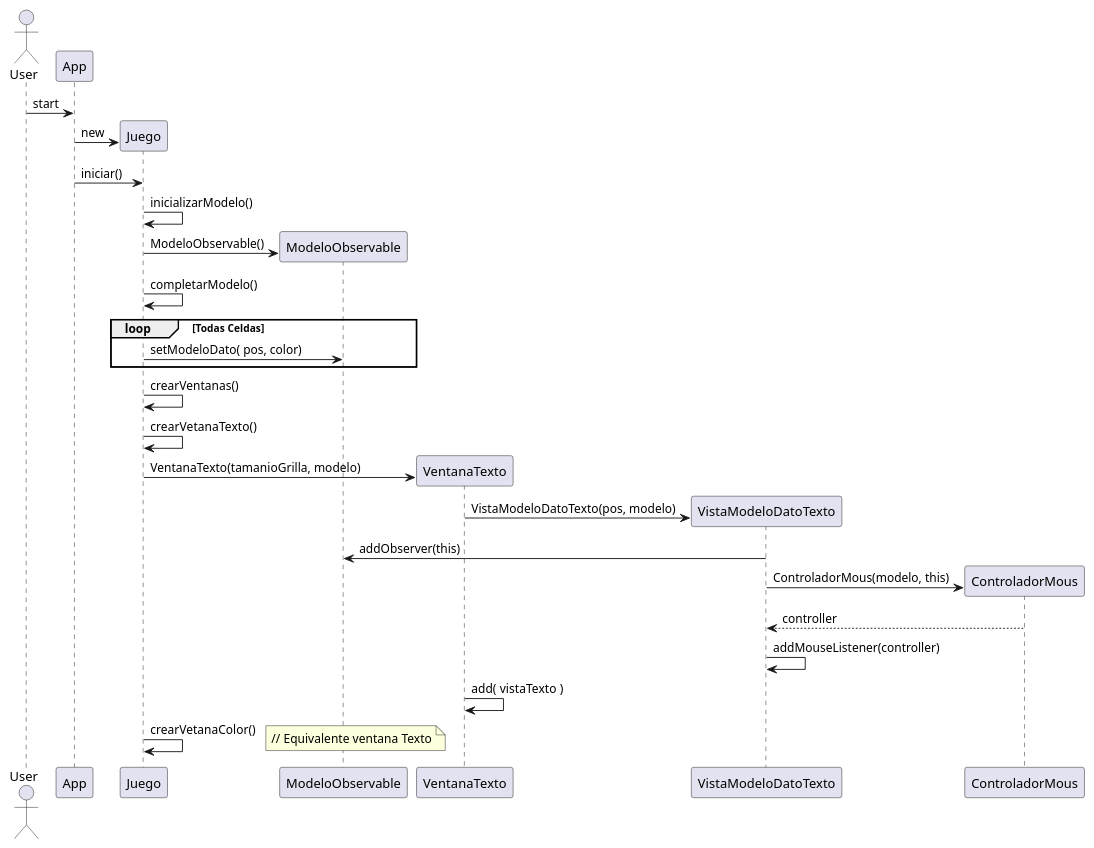
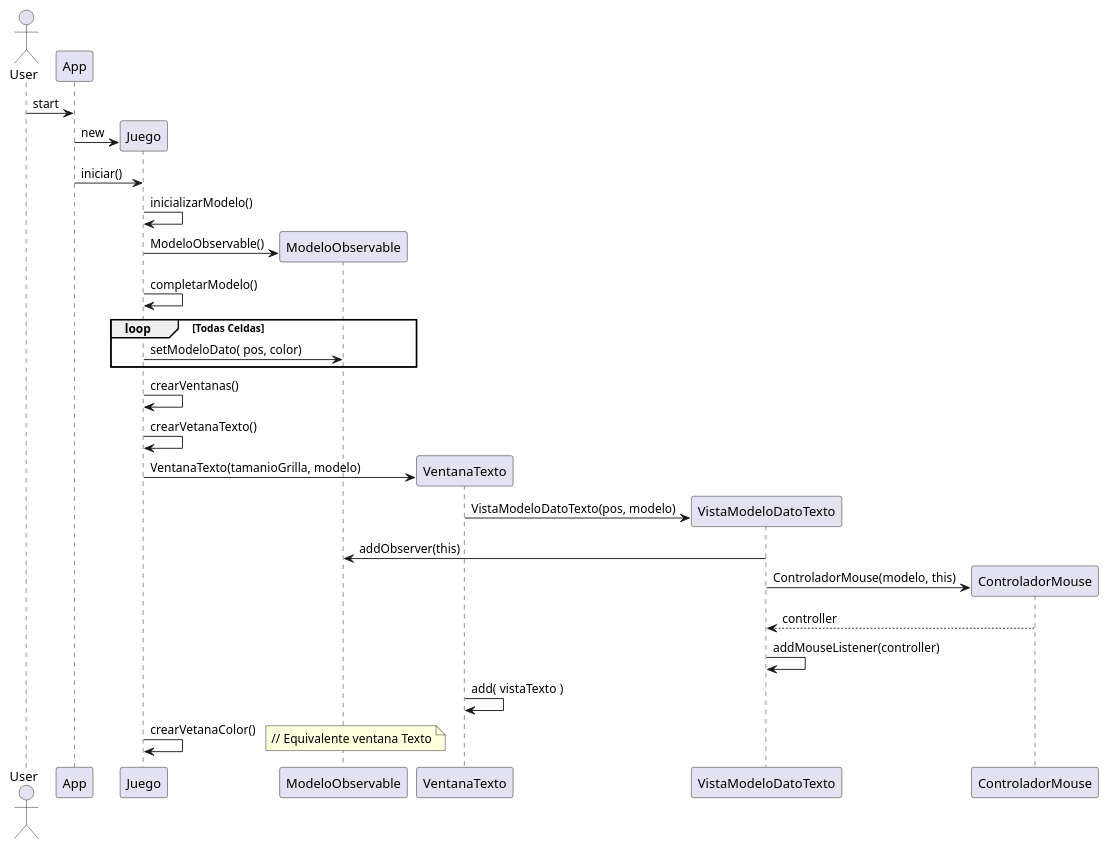
The diagram in diagrams/ds-inicializacion.plantuml (fiuba/algo3_ejemplo_mvc_colores), drawn with PlantUML before and after one commit. The commit also changed 3 other files, not shown here.

Commit message:
Diagramas de secuencia #1

```diff
--- a/diagrams/ds-inicializacion.plantuml
+++ b/diagrams/ds-inicializacion.plantuml
@@ -1,40 +1,40 @@
 @startuml
 
 Actor User
 
 User -> App: start
 Create Juego
 App -> Juego: new
 App -> Juego: iniciar()
 Juego -> Juego: inicializarModelo()
 
 Create ModeloObservable
 Juego -> ModeloObservable: ModeloObservable()
 
 Juego -> Juego: completarModelo()
 
 loop Todas Celdas
         Juego -> ModeloObservable: setModeloDato( pos, color)
 end
 
 Juego -> Juego: crearVentanas()
 Juego -> Juego: crearVetanaTexto()
 
 Create VentanaTexto
 Juego -> VentanaTexto: VentanaTexto(tamanioGrilla, modelo)
 
 Create VistaModeloDatoTexto
 VentanaTexto -> VistaModeloDatoTexto: VistaModeloDatoTexto(pos, modelo)
 VistaModeloDatoTexto -> ModeloObservable: addObserver(this)
-Create ControladorMous
-VistaModeloDatoTexto -> ControladorMous: ControladorMous(modelo, this)
+Create ControladorMouse
+VistaModeloDatoTexto -> ControladorMouse: ControladorMouse(modelo, this)
 return controller
 VistaModeloDatoTexto -> VistaModeloDatoTexto: addMouseListener(controller)
 VentanaTexto -> VentanaTexto: add( vistaTexto )
 
 Juego -> Juego: crearVetanaColor()
 note right
         // Equivalente ventana Texto
 end note
 
 @enduml
```
